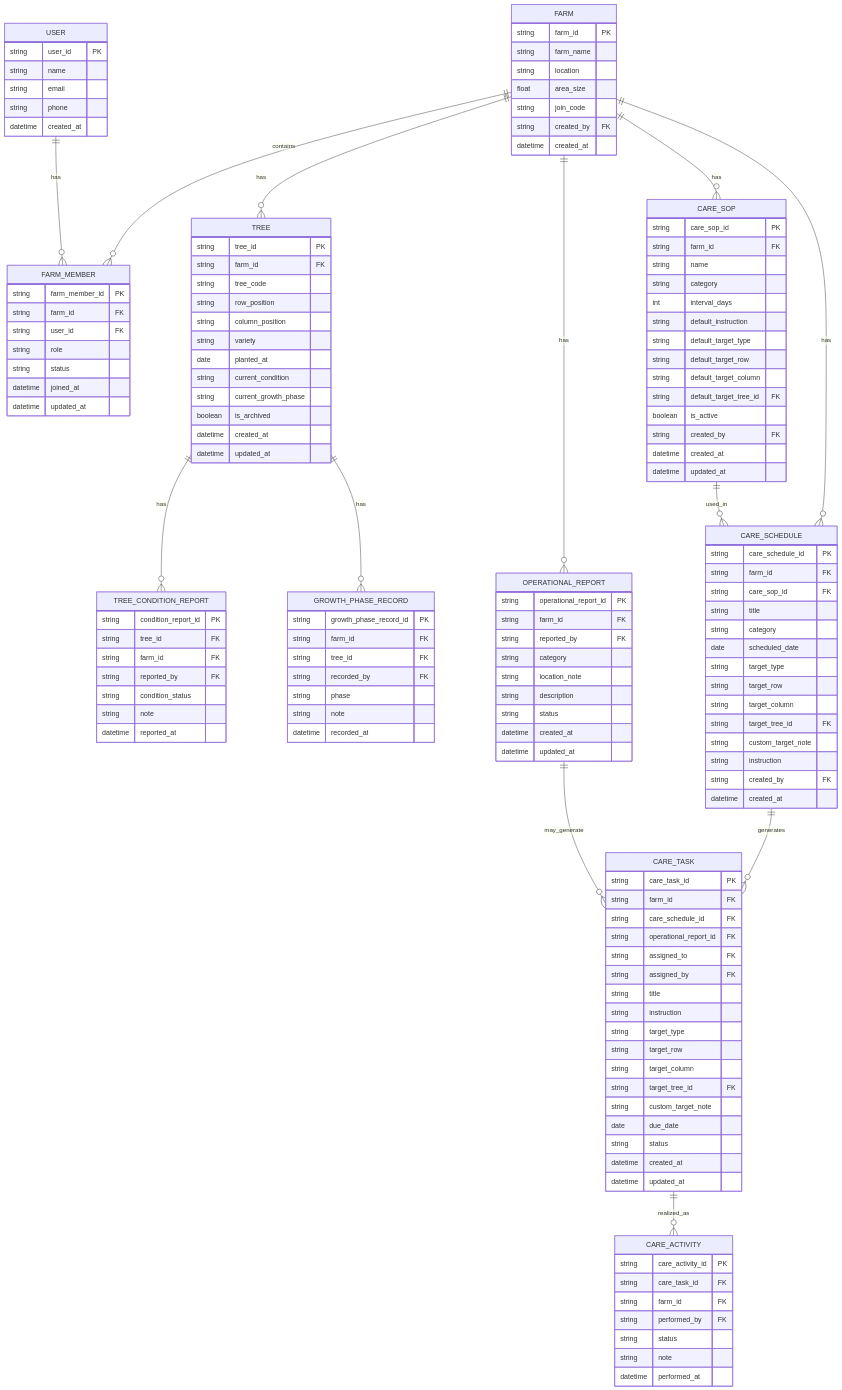
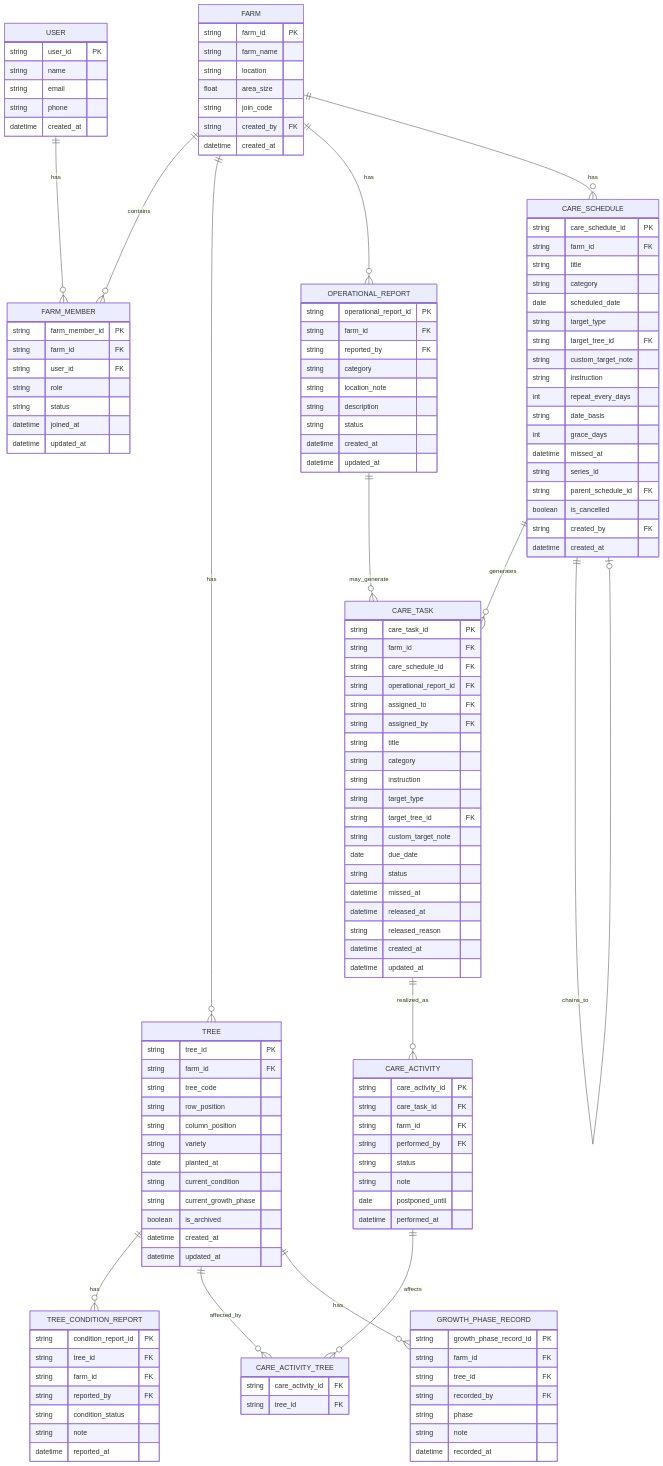
The diagram in docs/keep/source-of-truth/09-erd.md (LittleBoss119/avology-mobile-2), drawn with Mermaid before and after one commit. The commit also changed other lines of this file and 49 other files, not shown here.

```diff
--- a/docs/keep/source-of-truth/09-erd.md
+++ b/docs/keep/source-of-truth/09-erd.md
@@ -608,12 +623,13 @@
     FARM ||--o{ TREE : has
     TREE ||--o{ TREE_CONDITION_REPORT : has
     FARM ||--o{ OPERATIONAL_REPORT : has
-    FARM ||--o{ CARE_SOP : has
-    CARE_SOP ||--o{ CARE_SCHEDULE : used_in
     FARM ||--o{ CARE_SCHEDULE : has
     CARE_SCHEDULE ||--o{ CARE_TASK : generates
     OPERATIONAL_REPORT ||--o{ CARE_TASK : may_generate
     CARE_TASK ||--o{ CARE_ACTIVITY : realized_as
+    CARE_SCHEDULE ||--o| CARE_SCHEDULE : chains_to
+    CARE_ACTIVITY ||--o{ CARE_ACTIVITY_TREE : affects
+    TREE ||--o{ CARE_ACTIVITY_TREE : affected_by
     TREE ||--o{ GROWTH_PHASE_RECORD : has
 
     USER {
@@ -681,36 +697,23 @@
         datetime updated_at
     }
 
-    CARE_SOP {
-        string care_sop_id PK
-        string farm_id FK
-        string name
-        string category
-        int interval_days
-        string default_instruction
-        string default_target_type
-        string default_target_row
-        string default_target_column
-        string default_target_tree_id FK
-        boolean is_active
-        string created_by FK
-        datetime created_at
-        datetime updated_at
-    }
-
     CARE_SCHEDULE {
         string care_schedule_id PK
         string farm_id FK
-        string care_sop_id FK
         string title
         string category
         date scheduled_date
         string target_type
-        string target_row
-        string target_column
         string target_tree_id FK
         string custom_target_note
         string instruction
+        int repeat_every_days
+        string date_basis
+        int grace_days
+        datetime missed_at
+        string series_id
+        string parent_schedule_id FK
+        boolean is_cancelled
         string created_by FK
         datetime created_at
     }
@@ -723,14 +726,16 @@
         string assigned_to FK
         string assigned_by FK
         string title
+        string category
         string instruction
         string target_type
-        string target_row
-        string target_column
         string target_tree_id FK
         string custom_target_note
         date due_date
         string status
+        datetime missed_at
+        datetime released_at
+        string released_reason
         datetime created_at
         datetime updated_at
     }
@@ -742,7 +747,13 @@
         string performed_by FK
         string status
         string note
+        date postponed_until
         datetime performed_at
+    }
+
+    CARE_ACTIVITY_TREE {
+        string care_activity_id FK
+        string tree_id FK
     }
 
     GROWTH_PHASE_RECORD {
```
